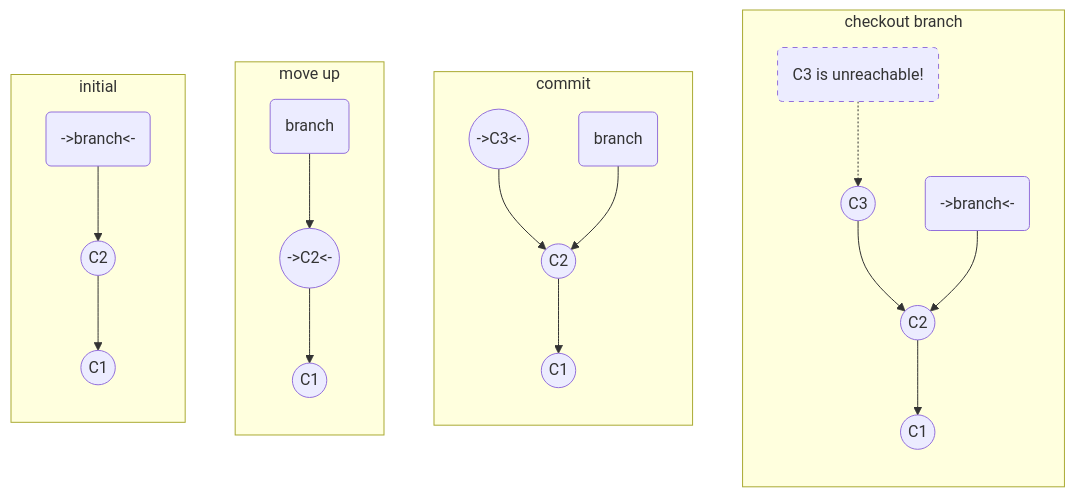
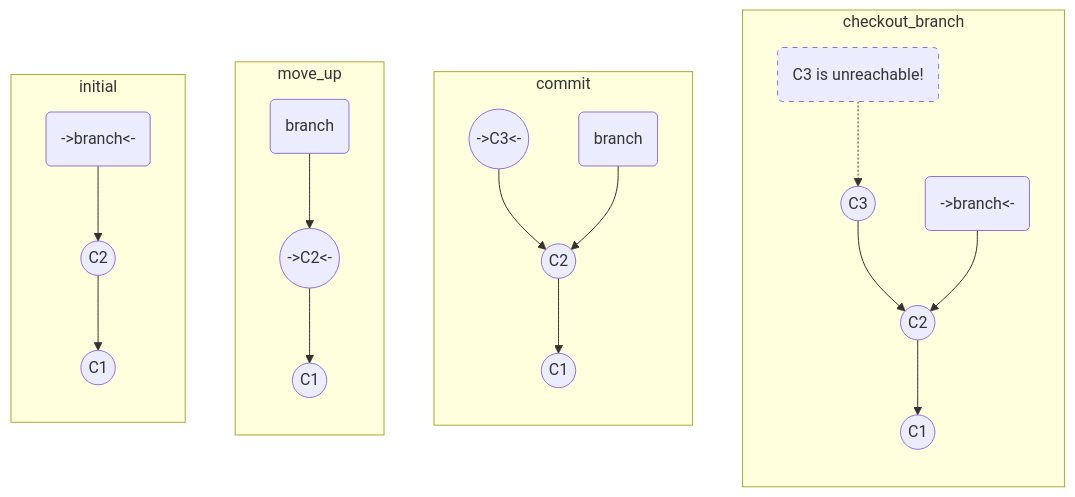
Before and after one commit to nvmnghia/Git.md: the third of 5 diagrams in Git.md, drawn with Mermaid. The commit also changed other lines of this file, not shown here.

````diff
--- a/Git.md
+++ b/Git.md
@@ -237,34 +239,34 @@
             ```mermaid
             graph BT
                 classDef dashed stroke-dasharray: 5, 5;
 
-                subgraph checkout branch
+                subgraph checkout_branch
                     C1a((C1));
                     C2a((C2)) --> C1a;
                     C3a((C3)) --> C2a;
                     ba("->branch<-") --> C2a;
 
                     comment(C3 is unreachable!) -.-> C3a
 
                     class comment dashed
                 end
 
                 subgraph commit
                     C1c((C1));
                     C2c((C2)) --> C1c;
                     C3c(("->C3<-")) --> C2c;
                     bc(branch) --> C2c;
                 end
 
-                subgraph move up
+                subgraph move_up
                     C1m((C1));
                     C2m(("->C2<-")) --> C1m;
                     bm(branch) --> C2m;
                 end
 
                 subgraph initial
                     C1b((C1));
                     C2b((C2)) --> C1b;
                     bb("->branch<-") --> C2b;
                 end
             ```
````
